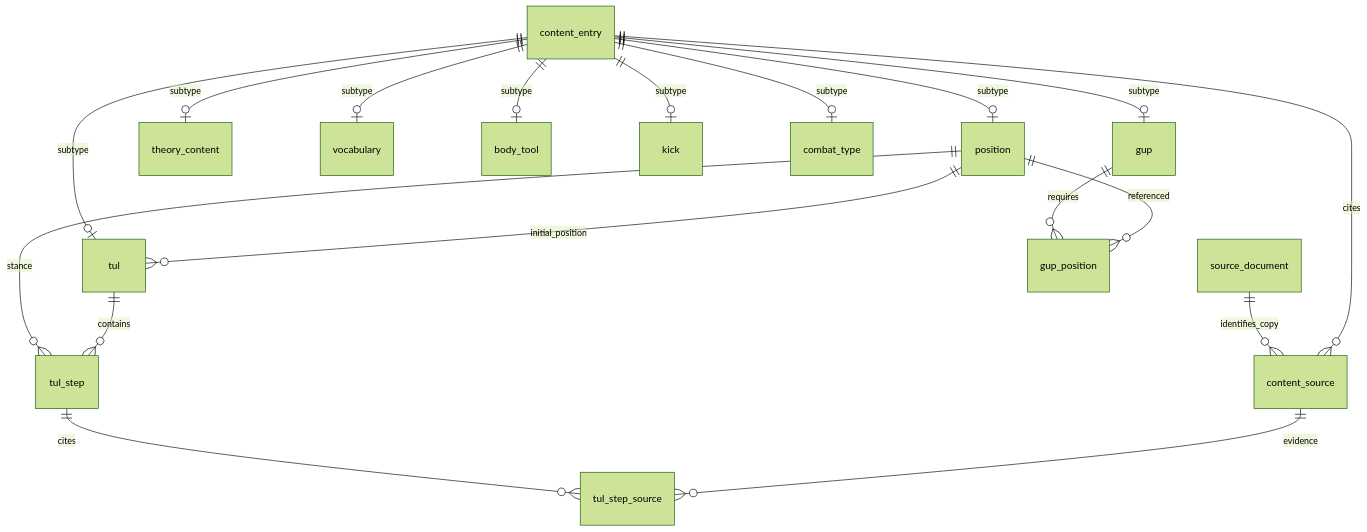
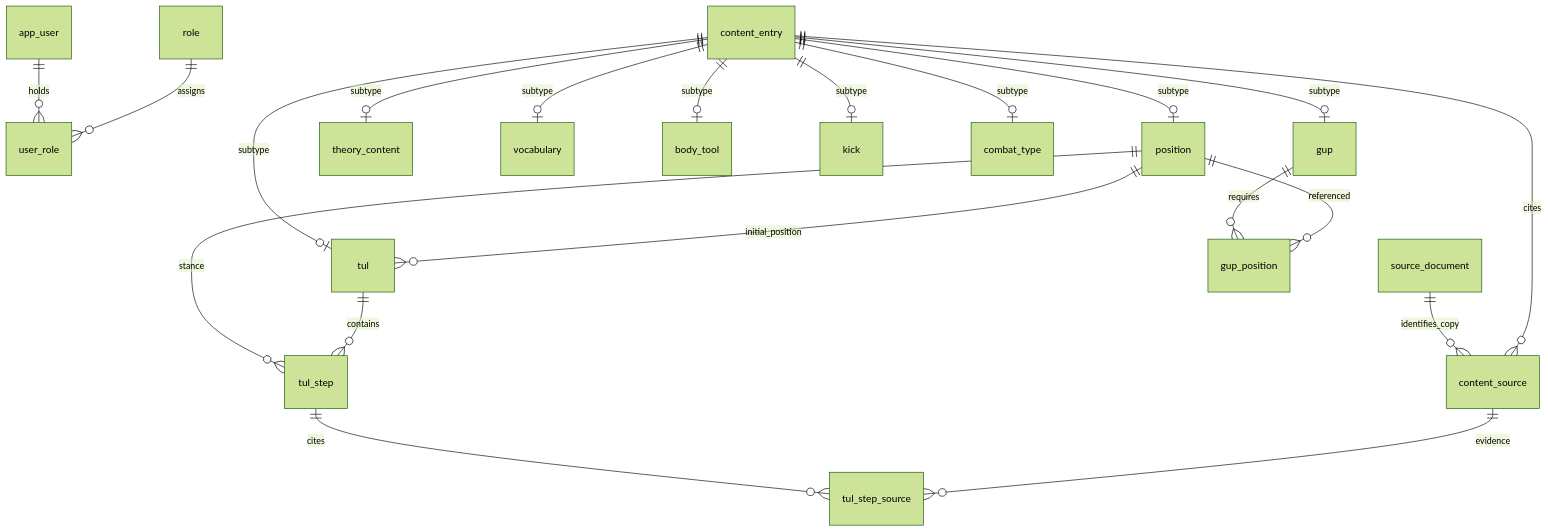
One commit to ZorVaK749/TaekwonPage changed the diagram in docs/database/README.md. Above: the diagram before and after it, drawn with Mermaid (forest theme). The commit also changed other lines of this file and 34 other files, not shown here.

````diff
--- a/docs/database/README.md
+++ b/docs/database/README.md
@@ -7,20 +7,22 @@
 ```mermaid
 erDiagram
+    app_user ||--o{ user_role : holds
+    role ||--o{ user_role : assigns
     content_entry ||--o| position : subtype
     content_entry ||--o| theory_content : subtype
     content_entry ||--o| vocabulary : subtype
     content_entry ||--o| body_tool : subtype
     content_entry ||--o| kick : subtype
     content_entry ||--o| combat_type : subtype
     content_entry ||--o| tul : subtype
     content_entry ||--o| gup : subtype
     source_document ||--o{ content_source : identifies_copy
     content_entry ||--o{ content_source : cites
     position ||--o{ tul : initial_position
     position ||--o{ tul_step : stance
     tul ||--o{ tul_step : contains
     tul_step ||--o{ tul_step_source : cites
     content_source ||--o{ tul_step_source : evidence
     gup ||--o{ gup_position : requires
     position ||--o{ gup_position : referenced
 ```
````
